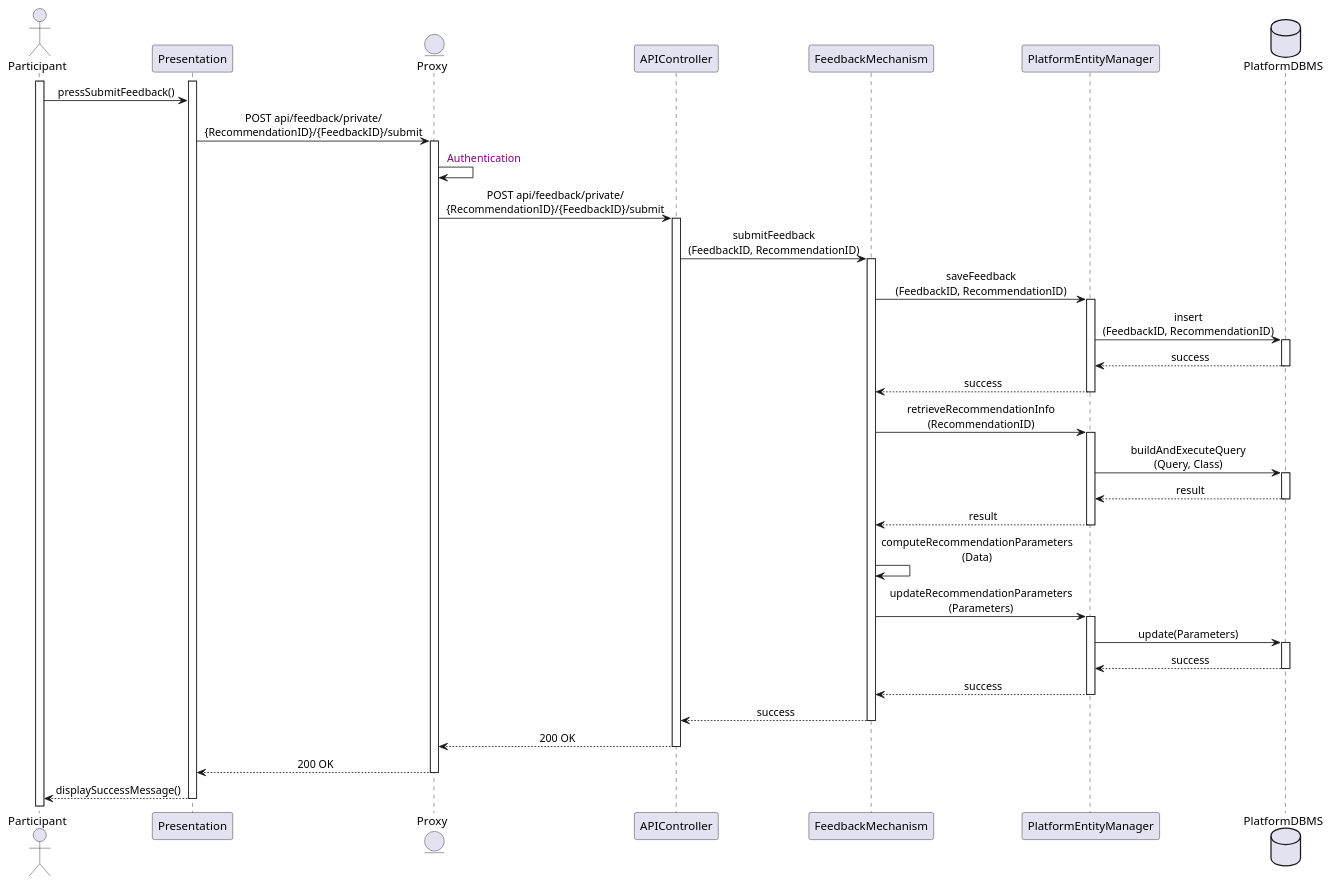
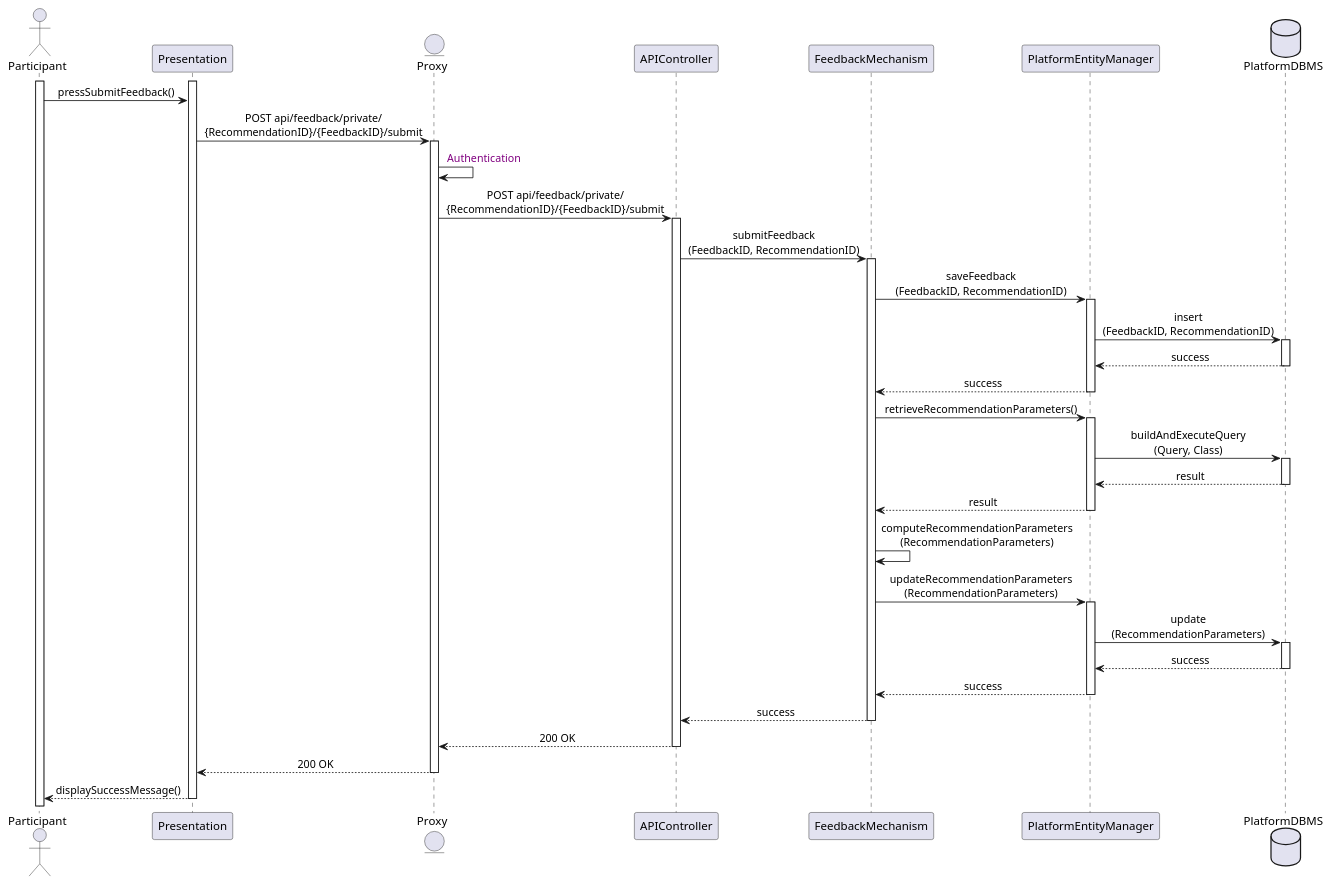
Before and after one commit to Slaitroc/RicciPaoliGrisoni: the diagram in Diagrams/SequenceDiagrams/DD/6.2ParticipantSubmitsFeedback.wsd, drawn with PlantUML.

Commit message:
Feedback retreive and updates RecommendationParametrs

```diff
--- a/Diagrams/SequenceDiagrams/DD/6.2ParticipantSubmitsFeedback.wsd
+++ b/Diagrams/SequenceDiagrams/DD/6.2ParticipantSubmitsFeedback.wsd
@@ -1,35 +1,35 @@
 @startuml SubmitFeedback
 skinparam sequenceMessageAlign center
 actor       Participant
 participant  Presentation
 entity      Proxy
 participant APIController
 participant FeedbackMechanism
 participant PlatformEntityManager
 database    PlatformDBMS
 
 activate Participant
 activate Presentation
 Participant -> Presentation  : pressSubmitFeedback()
 Presentation -> Proxy ++ : POST api/feedback/private/\n{RecommendationID}/{FeedbackID}/submit
 Proxy -> Proxy : <color:purple> Authentication
 Proxy -> APIController ++ : POST api/feedback/private/\n{RecommendationID}/{FeedbackID}/submit
 APIController -> FeedbackMechanism ++ : submitFeedback\n(FeedbackID, RecommendationID)
 FeedbackMechanism -> PlatformEntityManager ++ : saveFeedback\n(FeedbackID, RecommendationID)
 PlatformEntityManager -> PlatformDBMS ++ : insert\n(FeedbackID, RecommendationID)
 PlatformDBMS --> PlatformEntityManager -- : success
 PlatformEntityManager --> FeedbackMechanism -- : success
-FeedbackMechanism -> PlatformEntityManager ++ : retrieveRecommendationInfo\n(RecommendationID)
+FeedbackMechanism -> PlatformEntityManager ++ : retrieveRecommendationParameters()
 PlatformEntityManager -> PlatformDBMS ++ : buildAndExecuteQuery\n(Query, Class)
 PlatformDBMS --> PlatformEntityManager -- : result
 PlatformEntityManager --> FeedbackMechanism -- : result
-FeedbackMechanism -> FeedbackMechanism : computeRecommendationParameters\n(Data)
-FeedbackMechanism -> PlatformEntityManager ++ : updateRecommendationParameters\n(Parameters)
-PlatformEntityManager -> PlatformDBMS ++ : update(Parameters)
+FeedbackMechanism -> FeedbackMechanism : computeRecommendationParameters\n(RecommendationParameters)
+FeedbackMechanism -> PlatformEntityManager ++ : updateRecommendationParameters\n(RecommendationParameters)
+PlatformEntityManager -> PlatformDBMS ++ : update\n(RecommendationParameters)
 PlatformDBMS --> PlatformEntityManager -- : success
 PlatformEntityManager --> FeedbackMechanism -- : success
 FeedbackMechanism --> APIController -- : success
 APIController --> Proxy -- : 200 OK  
 Proxy --> Presentation -- : 200 OK 
 Presentation --> Participant -- : displaySuccessMessage()
 @enduml
```
